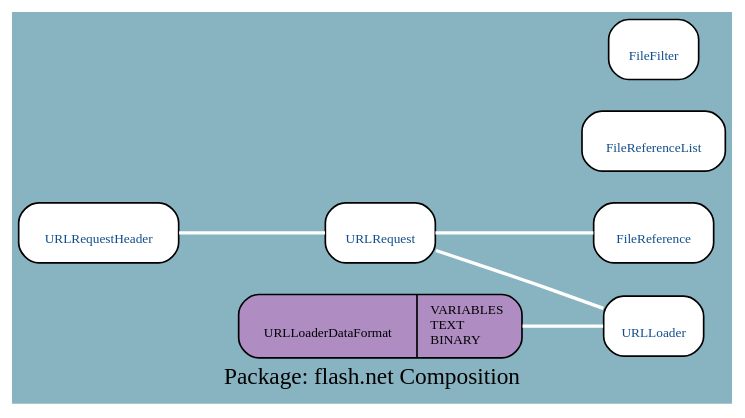
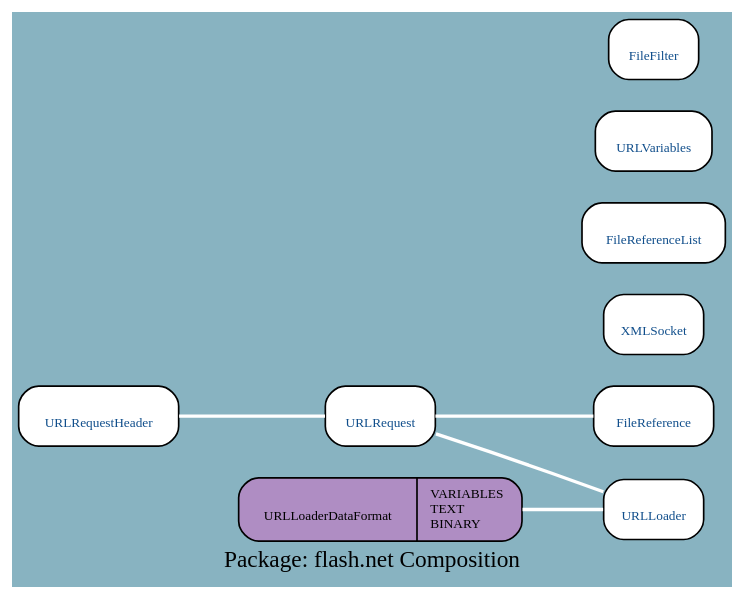
Before and after one commit to google-code-export/haxegui: the diagram in docs/uml/flash.net_C.dot, drawn with Graphviz. The commit also changed 160 other files, not shown here.

```diff
--- a/docs/uml/flash.net_C.dot
+++ b/docs/uml/flash.net_C.dot
@@ -1,18 +1,20 @@
 digraph uml {
 	graph [label="Package: flash.net Composition", ratio=compress, rankdir=RL, smoothing=avg_dist, overlap=false, fontname="DejaVu Sans Condenesed", fontsize=14, bgcolor="#88B3C1", fontcolor=black];
 	node [label="\N", fontname="DejaVu Sans Condenesed", fontsize=8, shape=record, color=black, fontcolor=black];
 	edge [fontname="DejaVu Sans Condenesed", fontsize=8, color=black, fontcolor=black];
 	graph [lp="215,12",
-		bb="0,0,430,225"];
+		bb="0,0,430,333"];
 	"flash.net.URLRequestHeader" [label="{\nURLRequestHeader}", fontcolor="#104E8B", style="rounded,filled", fillcolor=white, URL="../types/flash/net/URLRequestHeader.html", tooltip="\nURLRequestHeader", pos="49,99", rects="1,81,98,117", width="1.33", height="0.50"];
 	"flash.net.URLRequest" [label="{\nURLRequest}", fontcolor="#104E8B", style="rounded,filled", fillcolor=white, URL="../types/flash/net/URLRequest.html", tooltip="\nURLRequest", pos="220,99", rects="187,81,253,117", width="0.92", height="0.50"];
 	"flash.net.URLLoader" [label="{\nURLLoader}", fontcolor="#104E8B", style="rounded,filled", fillcolor=white, URL="../types/flash/net/URLLoader.html", tooltip="\nURLLoader", pos="386,44", rects="356,26,417,62", width="0.83", height="0.50"];
 	"flash.net.URLLoaderDataFormat" [label="{\nURLLoaderDataFormat|VARIABLES\lTEXT\lBINARY\l}", style="rounded,filled", fillcolor="#af8dc3", pos="220,44", rects="135,25,246,63 246,25,306,63", width="2.36", height="0.53"];
-	"flash.net.FileReferenceList" [label="{\nFileReferenceList}", fontcolor="#104E8B", style="rounded,filled", fillcolor=white, URL="../types/flash/net/FileReferenceList.html", tooltip="\nFileReferenceList", pos="386,153", rects="343,135,430,171", width="1.19", height="0.50"];
-	"flash.net.FileFilter" [label="{\nFileFilter}", fontcolor="#104E8B", style="rounded,filled", fillcolor=white, URL="../types/flash/net/FileFilter.html", tooltip="\nFileFilter", pos="386,207", rects="359,189,413,225", width="0.75", height="0.50"];
+	"flash.net.XMLSocket" [label="{\nXMLSocket}", fontcolor="#104E8B", style="rounded,filled", fillcolor=white, URL="../types/flash/net/XMLSocket.html", tooltip="\nXMLSocket", pos="386,153", rects="356,135,417,171", width="0.83", height="0.50"];
+	"flash.net.FileReferenceList" [label="{\nFileReferenceList}", fontcolor="#104E8B", style="rounded,filled", fillcolor=white, URL="../types/flash/net/FileReferenceList.html", tooltip="\nFileReferenceList", pos="386,207", rects="343,189,430,225", width="1.19", height="0.50"];
+	"flash.net.URLVariables" [label="{\nURLVariables}", fontcolor="#104E8B", style="rounded,filled", fillcolor=white, URL="../types/flash/net/URLVariables.html", tooltip="\nURLVariables", pos="386,261", rects="351,243,421,279", width="0.97", height="0.50"];
+	"flash.net.FileFilter" [label="{\nFileFilter}", fontcolor="#104E8B", style="rounded,filled", fillcolor=white, URL="../types/flash/net/FileFilter.html", tooltip="\nFileFilter", pos="386,315", rects="359,297,413,333", width="0.75", height="0.50"];
 	"flash.net.FileReference" [label="{\nFileReference}", fontcolor="#104E8B", style="rounded,filled", fillcolor=white, URL="../types/flash/net/FileReference.html", tooltip="\nFileReference", pos="386,99", rects="350,81,422,117", width="1.00", height="0.50"];
 	"flash.net.URLRequest" -> "flash.net.URLRequestHeader" [color=white, style=bold, arrowhead=none, arrowtail=diamond, arrowsize=1, pos="s,187,99 175,99 151,99 123,99 98,99"];
 	"flash.net.URLLoader" -> "flash.net.URLLoaderDataFormat" [color=white, style=bold, arrowhead=none, arrowtail=diamond, arrowsize=1, pos="s,356,44 344,44 332,44 319,44 306,44"];
 	"flash.net.URLLoader" -> "flash.net.URLRequest" [color=white, style=bold, arrowhead=none, arrowtail=diamond, arrowsize=1, pos="s,356,55 344,59 332,63 318,68 306,72 288,78 269,84 253,89"];
 	"flash.net.FileReference" -> "flash.net.URLRequest" [color=white, style=bold, arrowhead=none, arrowtail=diamond, arrowsize=1, pos="s,350,99 338,99 311,99 277,99 253,99"];
 }
```
